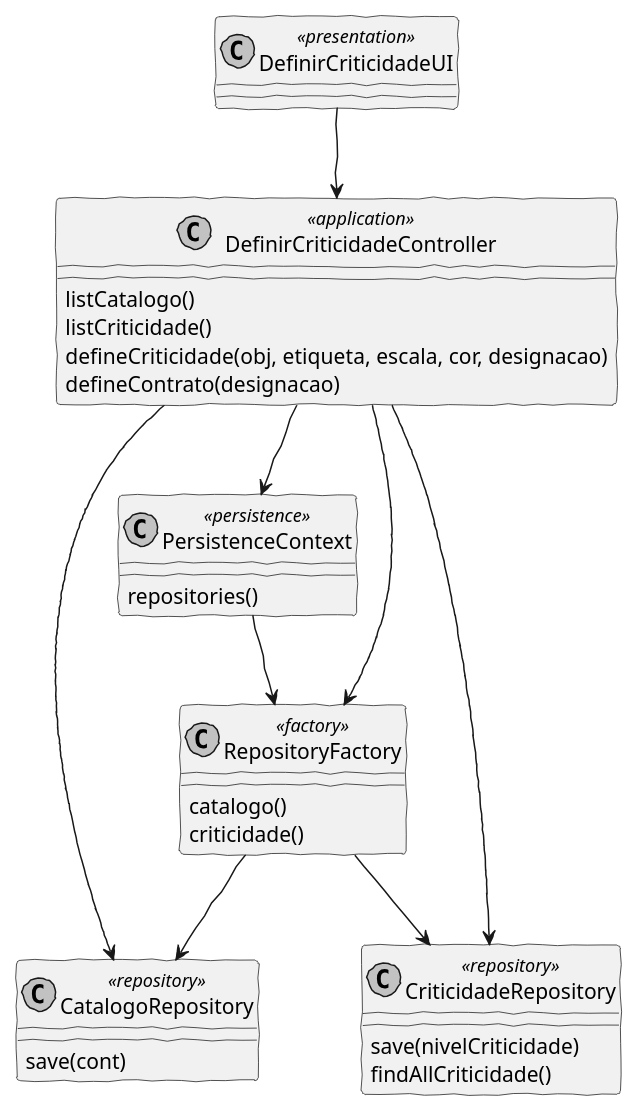
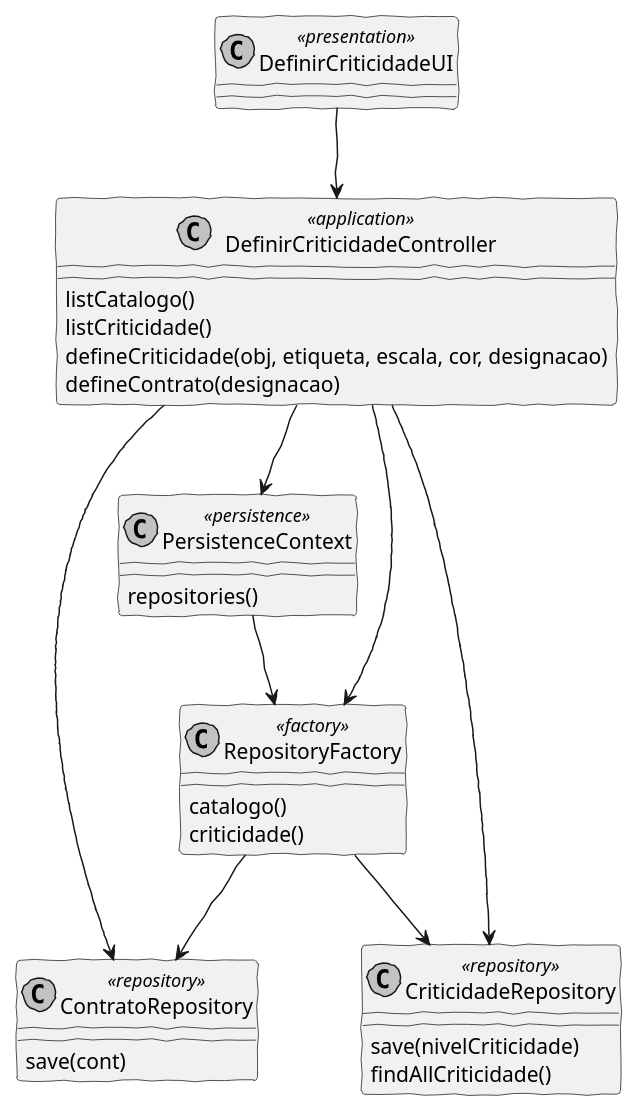
The diagram in docs/US2010/CD2010.puml (pedrolemos4/LAPR4), drawn with PlantUML before and after one commit. The commit also changed 4 other files, not shown here.

```diff
--- a/docs/US2010/CD2010.puml
+++ b/docs/US2010/CD2010.puml
@@ -1,41 +1,41 @@
 @startuml
 'http://plantuml.com/skinparam.html
 skinparam handwritten true
 skinparam monochrome true
 skinparam packageStyle rect
 skinparam defaultFontName FG Virgil
 skinparam shadowing false
 
 class DefinirCriticidadeUI <<presentation>>
 class DefinirCriticidadeController <<application>>
 class PersistenceContext <<persistence>>
 class RepositoryFactory <<factory>>
-class CatalogoRepository <<repository>>
+class ContratoRepository <<repository>>
 class CriticidadeRepository <<repository>>
 
 
 
 DefinirCriticidadeUI --> DefinirCriticidadeController
 DefinirCriticidadeController : listCatalogo()
 DefinirCriticidadeController : listCriticidade()
 DefinirCriticidadeController : defineCriticidade(obj, etiqueta, escala, cor, designacao)
 DefinirCriticidadeController : defineContrato(designacao)
 
 DefinirCriticidadeController --> CriticidadeRepository
-DefinirCriticidadeController --> CatalogoRepository
+DefinirCriticidadeController --> ContratoRepository
 DefinirCriticidadeController --> PersistenceContext
 PersistenceContext : repositories()
 DefinirCriticidadeController --> RepositoryFactory
 RepositoryFactory : catalogo()
 RepositoryFactory : criticidade()
 
 PersistenceContext --> RepositoryFactory
 RepositoryFactory --> CriticidadeRepository
-RepositoryFactory --> CatalogoRepository
+RepositoryFactory --> ContratoRepository
 
 CriticidadeRepository : save(nivelCriticidade)
 CriticidadeRepository : findAllCriticidade()
 
-CatalogoRepository : save(cont)
+ContratoRepository : save(cont)
 
 @enduml
```
